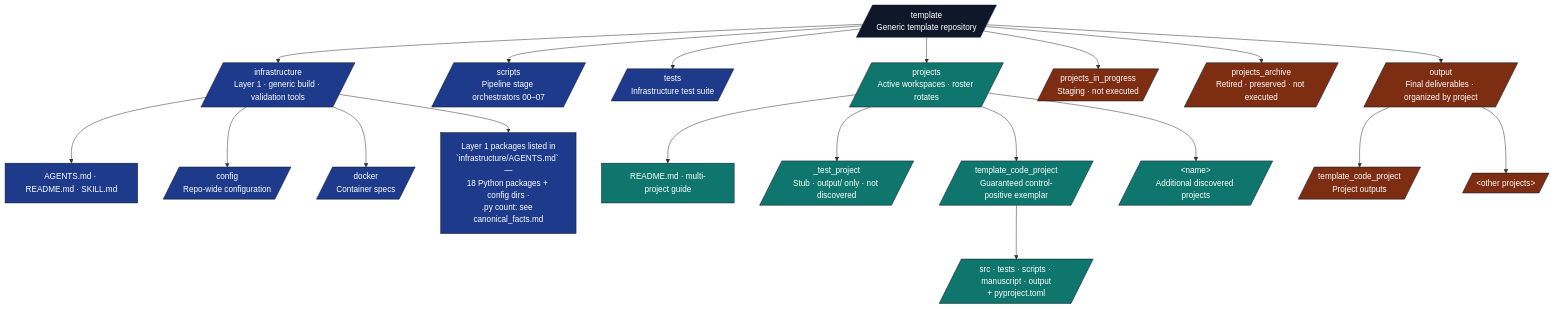
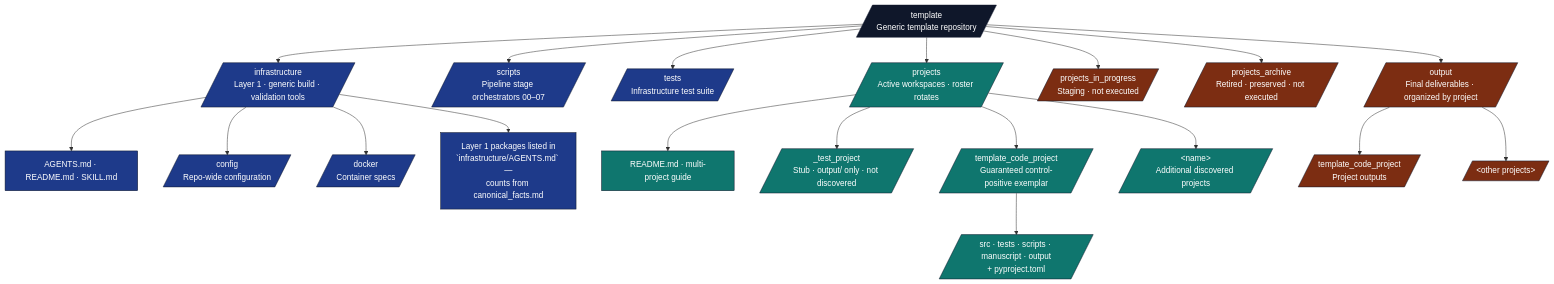
The first of 4 diagrams in AGENTS.md (docxology/template), drawn with Mermaid before and after one commit. The commit also changed other lines of this file and 82 other files, not shown here.

````diff
--- a/AGENTS.md
+++ b/AGENTS.md
@@ -228,36 +228,36 @@
 ```mermaid
 flowchart TB
     ROOT[/template<br/>Generic template repository/]
 
     ROOT --> INFRA[/infrastructure<br/>Layer 1 · generic build · validation tools/]
     ROOT --> SCRIPTS[/scripts<br/>Pipeline stage orchestrators 00–07/]
     ROOT --> TESTS[/tests<br/>Infrastructure test suite/]
     ROOT --> PROJECTS[/projects<br/>Active workspaces · roster rotates/]
     ROOT --> WIP[/projects_in_progress<br/>Staging · not executed/]
     ROOT --> ARCH[/projects_archive<br/>Retired · preserved · not executed/]
     ROOT --> OUT[/output<br/>Final deliverables · organized by project/]
 
     INFRA --> I_DOCS[AGENTS.md · README.md · SKILL.md]
     INFRA --> I_CONFIG[/config<br/>Repo-wide configuration/]
     INFRA --> I_DOCKER[/docker<br/>Container specs/]
-    INFRA --> I_SUB[Layer 1 packages listed in<br/>`infrastructure/AGENTS.md` —<br/>18 Python packages + config dirs ·<br/>.py count: see canonical_facts.md]
+    INFRA --> I_SUB[Layer 1 packages listed in<br/>`infrastructure/AGENTS.md` —<br/>counts from canonical_facts.md]
 
     PROJECTS --> P_README[README.md · multi-project guide]
     PROJECTS --> P_STUB[/_test_project<br/>Stub · output/ only · not discovered/]
     PROJECTS --> P_CODE[/template_code_project<br/>Guaranteed control-positive exemplar/]
     PROJECTS --> P_OTHER[/&lt;name&gt;<br/>Additional discovered projects/]
 
     P_CODE --> P_C_SRC[/src · tests · scripts · manuscript · output<br/>+ pyproject.toml/]
 
     OUT --> O_CODE[/template_code_project<br/>Project outputs/]
     OUT --> O_DOTS[/&lt;other projects&gt;/]
 
     classDef root fill:#0f172a,stroke:#0f172a,color:#fff
     classDef l1 fill:#1e3a8a,stroke:#0f172a,color:#fff
     classDef l2 fill:#0f766e,stroke:#0f172a,color:#fff
     classDef gen fill:#7c2d12,stroke:#0f172a,color:#fff
     class ROOT root
     class INFRA,SCRIPTS,TESTS,I_CONFIG,I_DOCKER,I_SUB,I_DOCS l1
     class PROJECTS,P_CODE,P_OTHER,P_STUB,P_README,P_C_SRC l2
     class WIP,ARCH,OUT,O_CODE,O_DOTS gen
 ```
````
